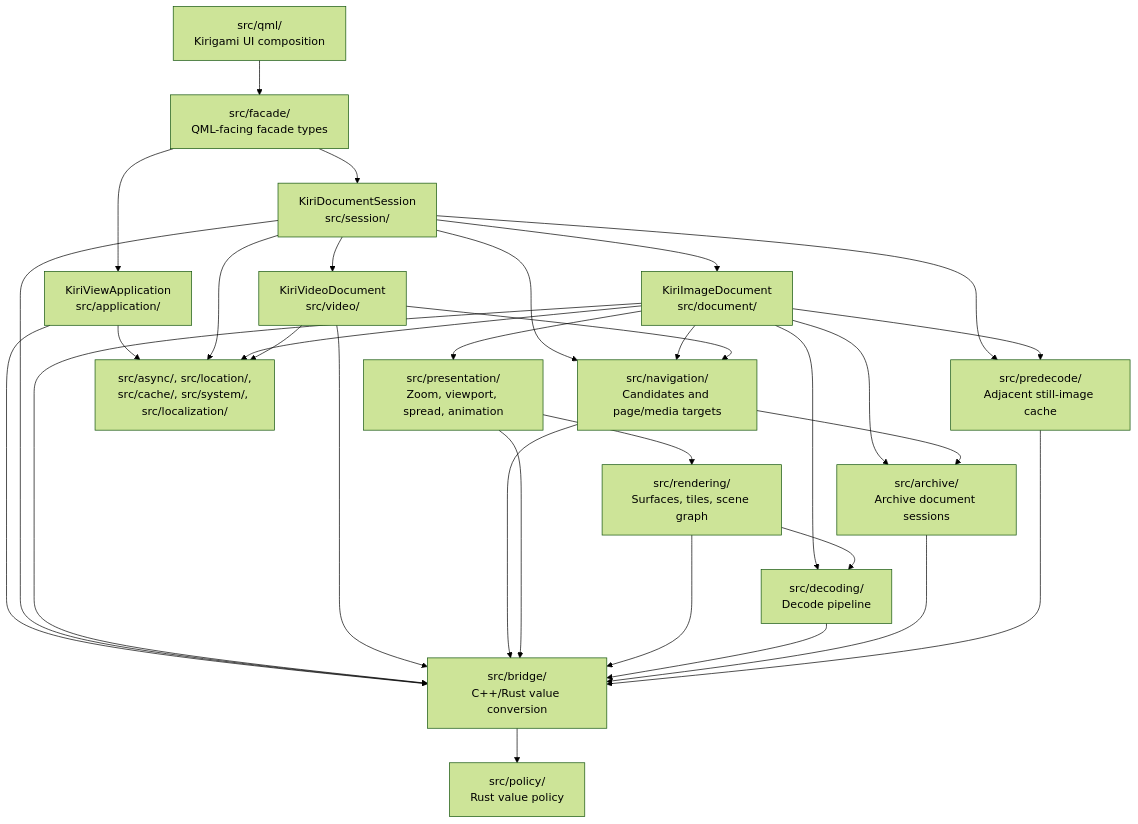
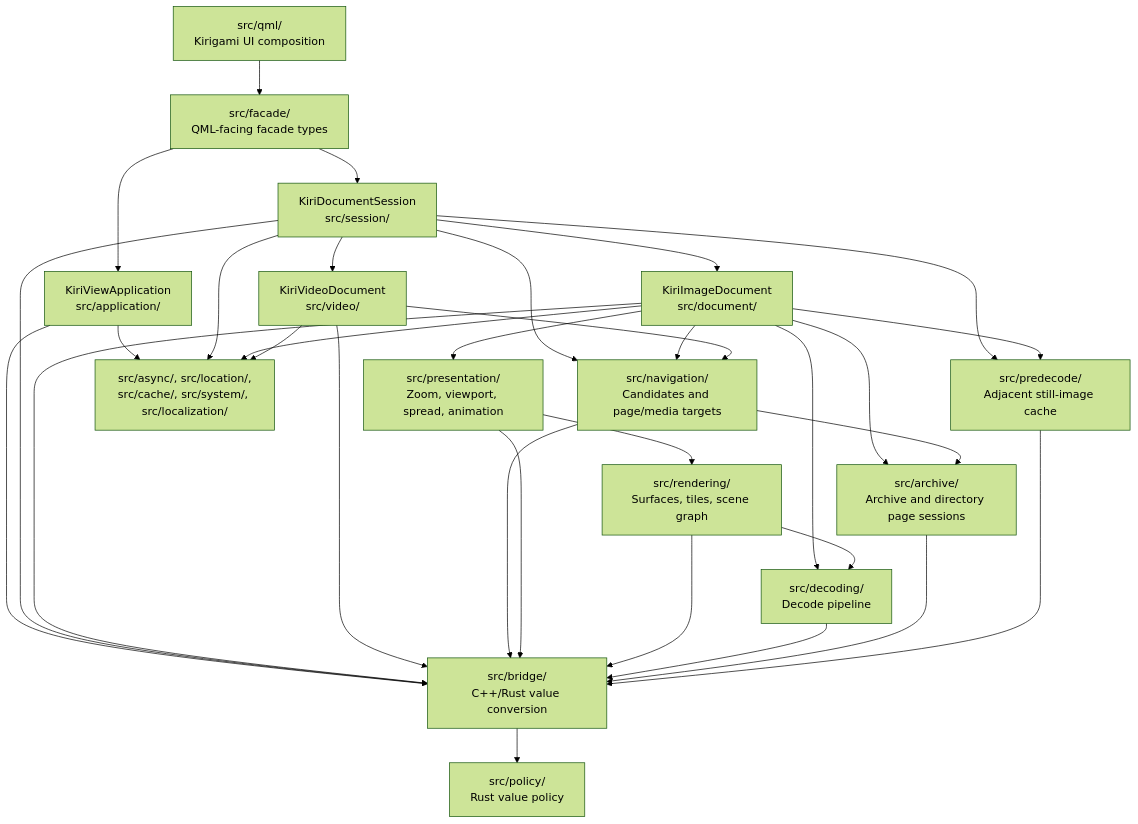
Before and after one commit to hnjae/KiriView: the second of 2 diagrams in docs/architecture/overview.md, drawn with Mermaid (forest theme). The commit also changed other lines of this file, not shown here.

Commit message:
docs: update architecture overview terminology

````diff
--- a/docs/architecture/overview.md
+++ b/docs/architecture/overview.md
@@ -24,50 +24,50 @@
 ```mermaid
 flowchart TD
     QML["src/qml/\nKirigami UI composition"]
     Facade["src/facade/\nQML-facing facade types"]
     Application["KiriViewApplication\nsrc/application/"]
     Session["KiriDocumentSession\nsrc/session/"]
     ImageDocument["KiriImageDocument\nsrc/document/"]
     VideoDocument["KiriVideoDocument\nsrc/video/"]
     Navigation["src/navigation/\nCandidates and page/media targets"]
     Presentation["src/presentation/\nZoom, viewport, spread, animation"]
     Rendering["src/rendering/\nSurfaces, tiles, scene graph"]
     Decoding["src/decoding/\nDecode pipeline"]
-    Archive["src/archive/\nArchive document sessions"]
+    Archive["src/archive/\nArchive and directory page sessions"]
     Predecode["src/predecode/\nAdjacent still-image cache"]
     RuntimeSupport["src/async/, src/location/,\nsrc/cache/, src/system/, src/localization/"]
     Bridge["src/bridge/\nC++/Rust value conversion"]
     Policy["src/policy/\nRust value policy"]
 
     QML --> Facade
     Facade --> Application
     Facade --> Session
     Session --> ImageDocument
     Session --> VideoDocument
     Session --> Navigation
     Session --> Predecode
     ImageDocument --> Navigation
     ImageDocument --> Presentation
     ImageDocument --> Decoding
     ImageDocument --> Archive
     ImageDocument --> Predecode
     Presentation --> Rendering
     Rendering --> Decoding
     Navigation --> Archive
     VideoDocument --> Navigation
     Application --> Bridge
     Session --> Bridge
     ImageDocument --> Bridge
     VideoDocument --> Bridge
     Navigation --> Bridge
     Presentation --> Bridge
     Rendering --> Bridge
     Decoding --> Bridge
     Archive --> Bridge
     Predecode --> Bridge
     Bridge --> Policy
     Application --> RuntimeSupport
     Session --> RuntimeSupport
     ImageDocument --> RuntimeSupport
     VideoDocument --> RuntimeSupport
 ```
````
